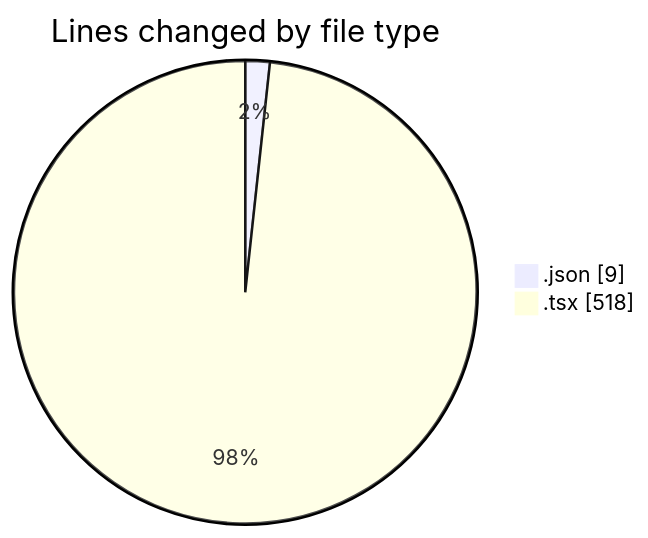
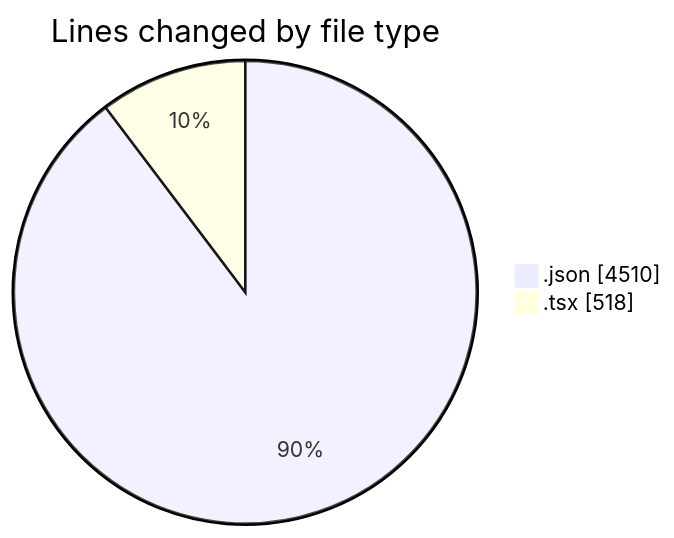
One commit to CELIANVF/code-tracking changed the first of 2 diagrams in 2025-05-05/ecodeli/README.md. Above: the diagram before and after it, drawn with Mermaid. The commit also changed other lines of this file and 1 other file, not shown here.

````diff
--- a/2025-05-05/ecodeli/README.md
+++ b/2025-05-05/ecodeli/README.md
@@ -21,6 +22,6 @@
 ```mermaid
 pie showData
 title Lines changed by file type
-".json" : 9
+".json" : 4510
 ".tsx" : 518
 ```
````
